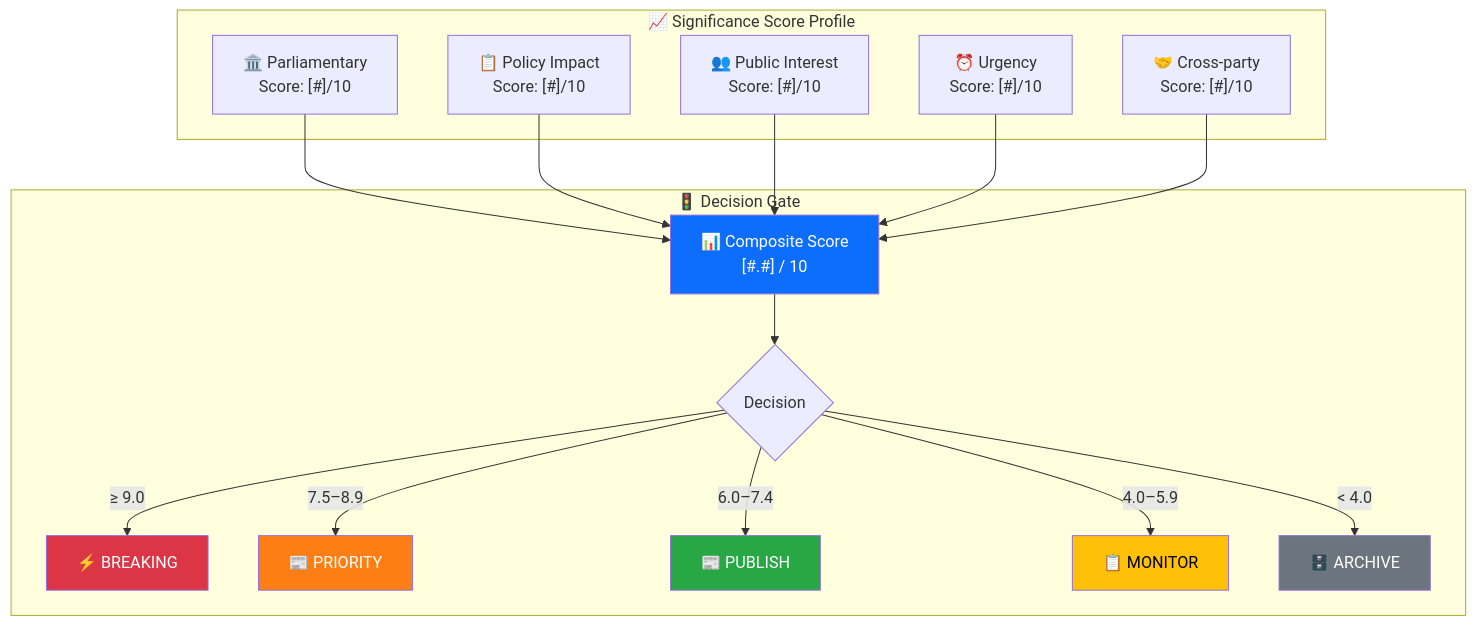
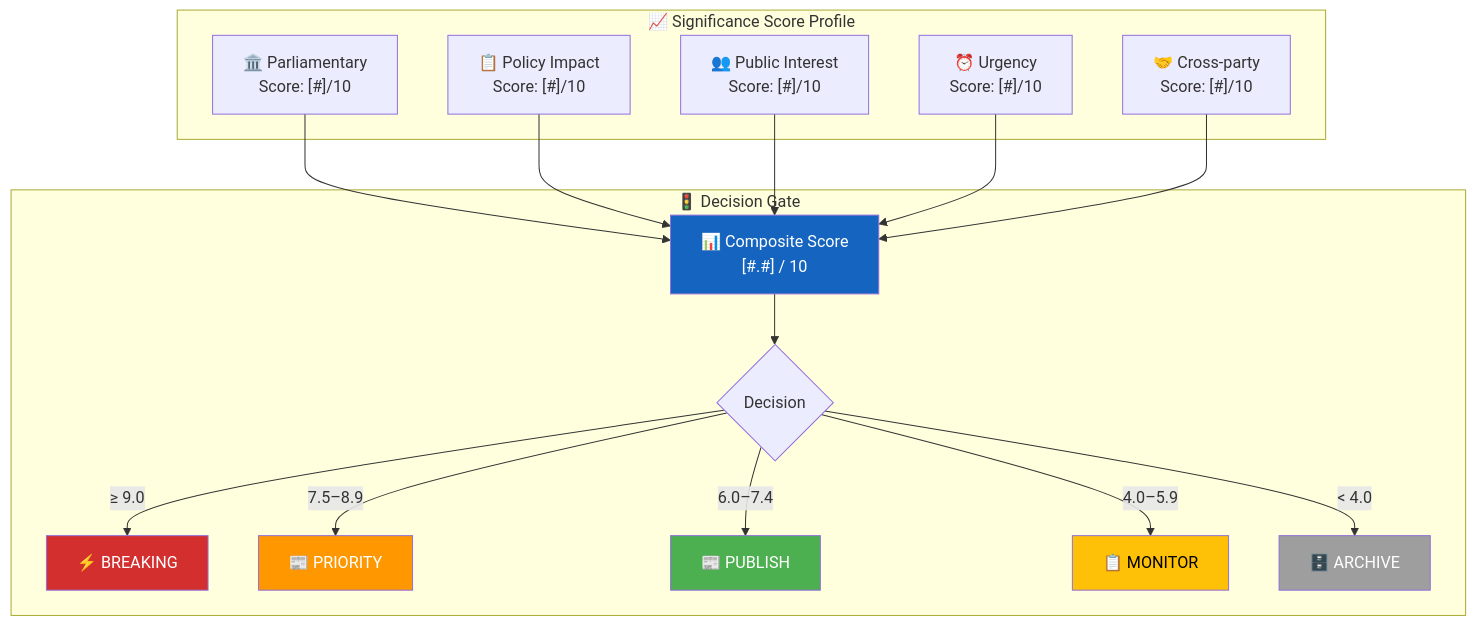
One commit to Hack23/riksdagsmonitor changed the diagram in analysis/templates/significance-scoring.md. Above: the diagram before and after it, drawn with Mermaid. The commit also changed 14 other files, not shown here.

First line of the commit message:
Align analysis/ mermaid diagrams with ISMS Style Guide palette and convert SWOT to quadrantChart

````diff
--- a/analysis/templates/significance-scoring.md
+++ b/analysis/templates/significance-scoring.md
@@ -52,34 +52,34 @@
 ```mermaid
 graph TD
     subgraph "📈 Significance Score Profile"
         PARL["🏛️ Parliamentary<br/>Score: [#]/10"]
         POL["📋 Policy Impact<br/>Score: [#]/10"]
         PUB["👥 Public Interest<br/>Score: [#]/10"]
         URG["⏰ Urgency<br/>Score: [#]/10"]
         XPTY["🤝 Cross-party<br/>Score: [#]/10"]
     end
 
     subgraph "🚦 Decision Gate"
         COMP["📊 Composite Score<br/>[#.#] / 10"]
         DEC{Decision}
         DEC -->|"≥ 9.0"| BRK["⚡ BREAKING"]
         DEC -->|"7.5–8.9"| PRI["📰 PRIORITY"]
         DEC -->|"6.0–7.4"| PUB2["📰 PUBLISH"]
         DEC -->|"4.0–5.9"| MON["📋 MONITOR"]
         DEC -->|"< 4.0"| ARC["🗄️ ARCHIVE"]
     end
 
     PARL --> COMP
     POL --> COMP
     PUB --> COMP
     URG --> COMP
     XPTY --> COMP
     COMP --> DEC
 
-    style BRK fill:#dc3545,color:#fff
-    style PRI fill:#fd7e14,color:#fff
-    style PUB2 fill:#28a745,color:#fff
-    style MON fill:#ffc107,color:#000
-    style ARC fill:#6c757d,color:#fff
-    style COMP fill:#0d6efd,color:#fff
+    style BRK fill:#D32F2F,color:#FFFFFF
+    style PRI fill:#FF9800,color:#FFFFFF
+    style PUB2 fill:#4CAF50,color:#FFFFFF
+    style MON fill:#FFC107,color:#000000
+    style ARC fill:#9E9E9E,color:#FFFFFF
+    style COMP fill:#1565C0,color:#FFFFFF
 ```
````
